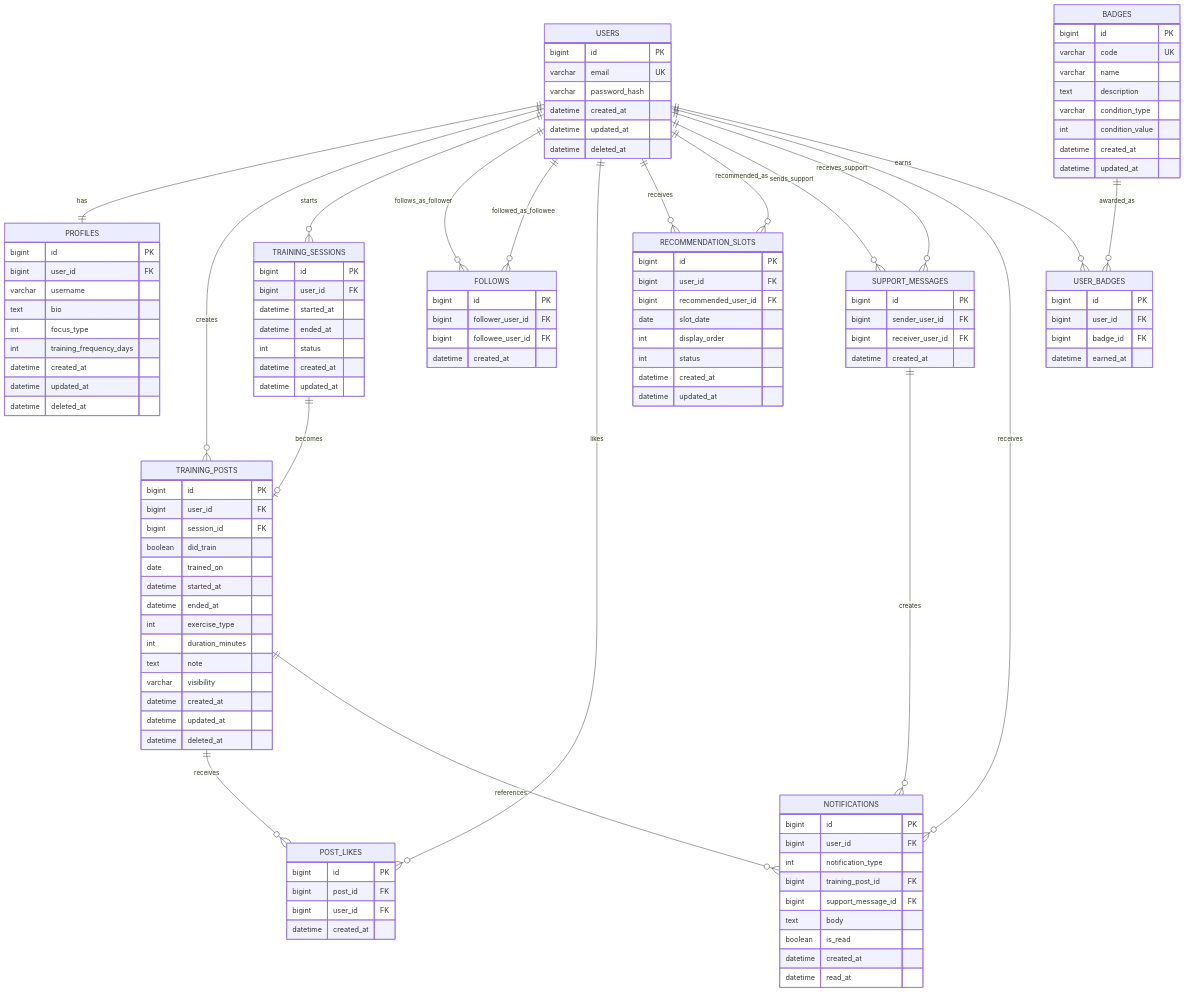
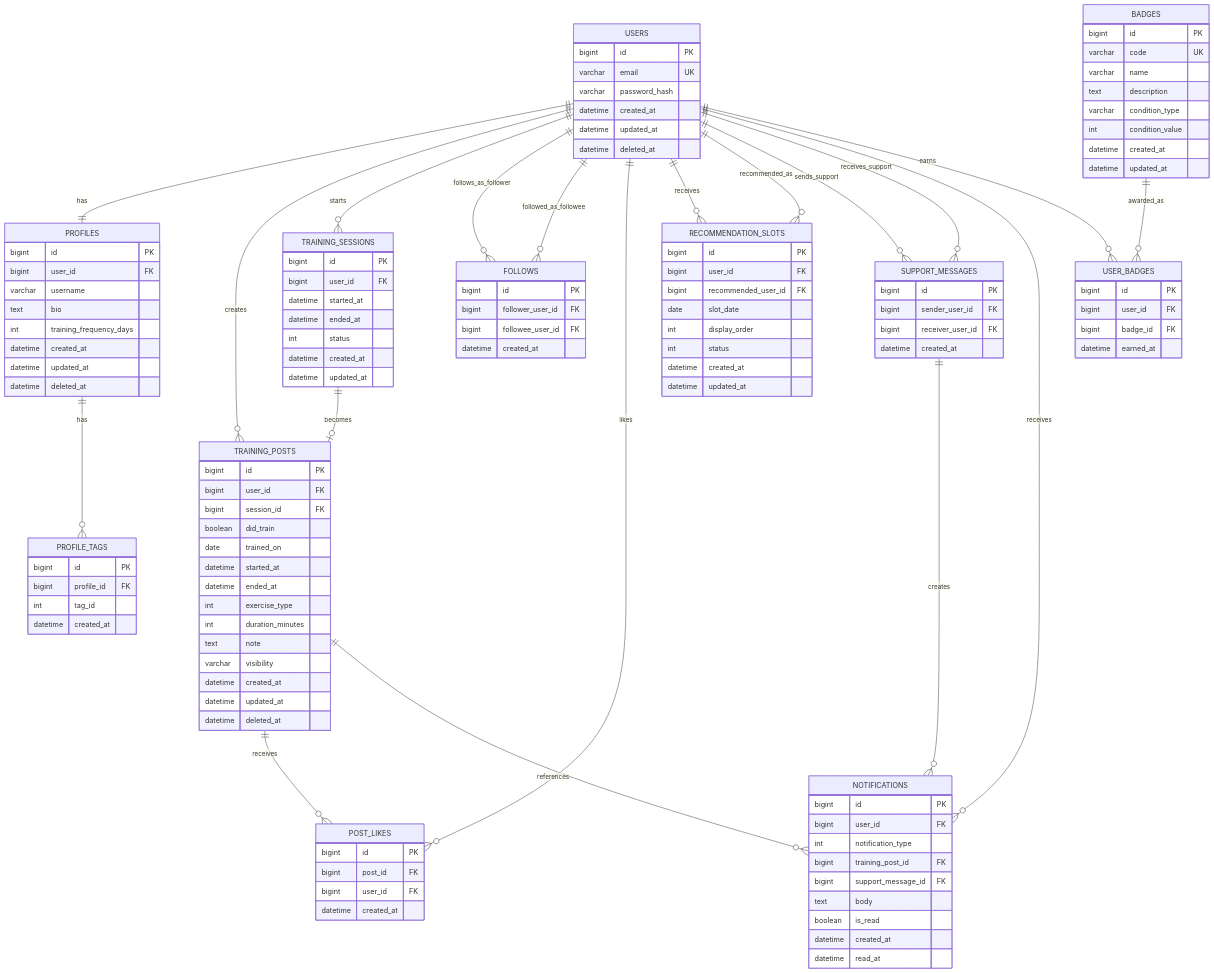
One commit to TaiseiUmeki/group7-pj changed the diagram in docs/requirements/db_design.md. Above: the diagram before and after it, drawn with Mermaid. The commit also changed other lines of this file and 14 other files, not shown here.

````diff
--- a/docs/requirements/db_design.md
+++ b/docs/requirements/db_design.md
@@ -59,6 +60,7 @@
 ```mermaid
 erDiagram
     USERS ||--|| PROFILES : has
+    PROFILES ||--o{ PROFILE_TAGS : has
     USERS ||--o{ TRAINING_POSTS : creates
     USERS ||--o{ TRAINING_SESSIONS : starts
     USERS ||--o{ FOLLOWS : follows_as_follower
@@ -93,11 +95,17 @@
         bigint user_id FK
         varchar username
         text bio
-        int focus_type
         int training_frequency_days
         datetime created_at
         datetime updated_at
         datetime deleted_at
+    }
+
+    PROFILE_TAGS {
+        bigint id PK
+        bigint profile_id FK
+        int tag_id
+        datetime created_at
     }
 
     TRAINING_SESSIONS {
````
